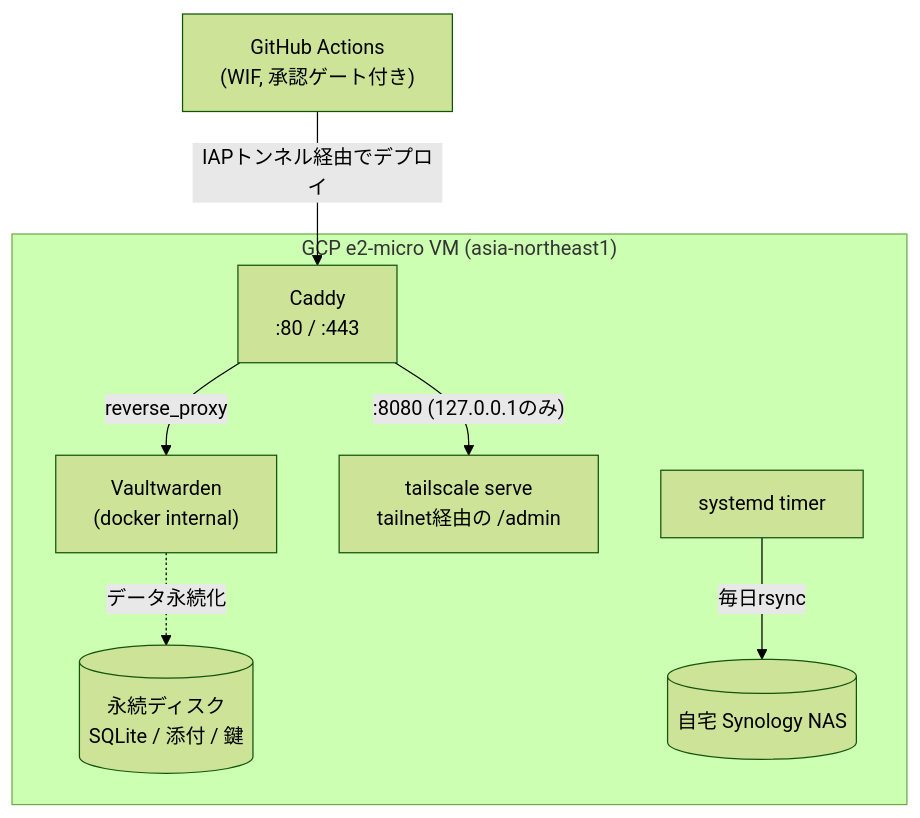
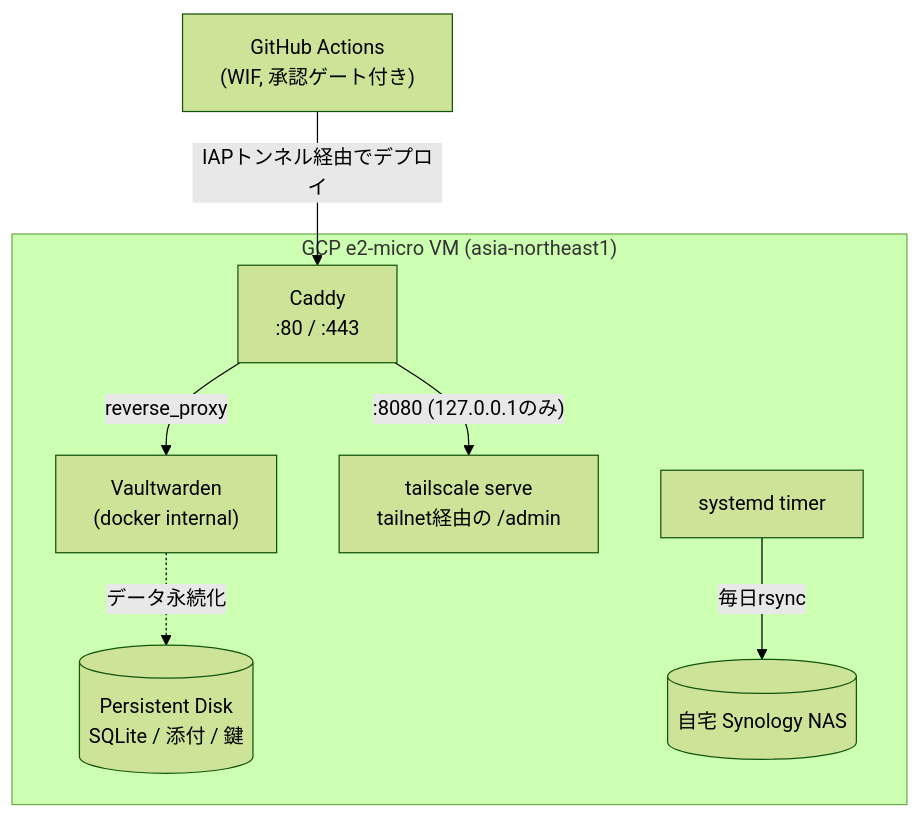
Before and after one commit to kuchida1981/kuchida1981.github.io: the diagram in content/posts/2026/08/2026-08-09-vaultwarden-gcp-terraform-declarative-ops.md, drawn with Mermaid (forest theme). The commit also changed other lines of this file, not shown here.

````diff
--- a/content/posts/2026/08/2026-08-09-vaultwarden-gcp-terraform-declarative-ops.md
+++ b/content/posts/2026/08/2026-08-09-vaultwarden-gcp-terraform-declarative-ops.md
@@ -16,19 +19,19 @@
 ```mermaid
 flowchart TD
     GHA["GitHub Actions<br/>(WIF, 承認ゲート付き)"] -->|IAPトンネル経由でデプロイ| Caddy
 
     subgraph VM["GCP e2-micro VM (asia-northeast1)"]
         Caddy["Caddy<br/>:80 / :443"]
         VW["Vaultwarden<br/>(docker internal)"]
         TSServe["tailscale serve<br/>tailnet経由の /admin"]
-        Disk[("永続ディスク<br/>SQLite / 添付 / 鍵")]
+        Disk[("Persistent Disk<br/>SQLite / 添付 / 鍵")]
         Timer["systemd timer"]
 
         Caddy -->|reverse_proxy| VW
         Caddy -->|":8080 (127.0.0.1のみ)"| TSServe
         VW -.->|データ永続化| Disk
         Timer -->|毎日rsync| NAS
     end
 
     NAS[("自宅 Synology NAS")]
 ```
````
